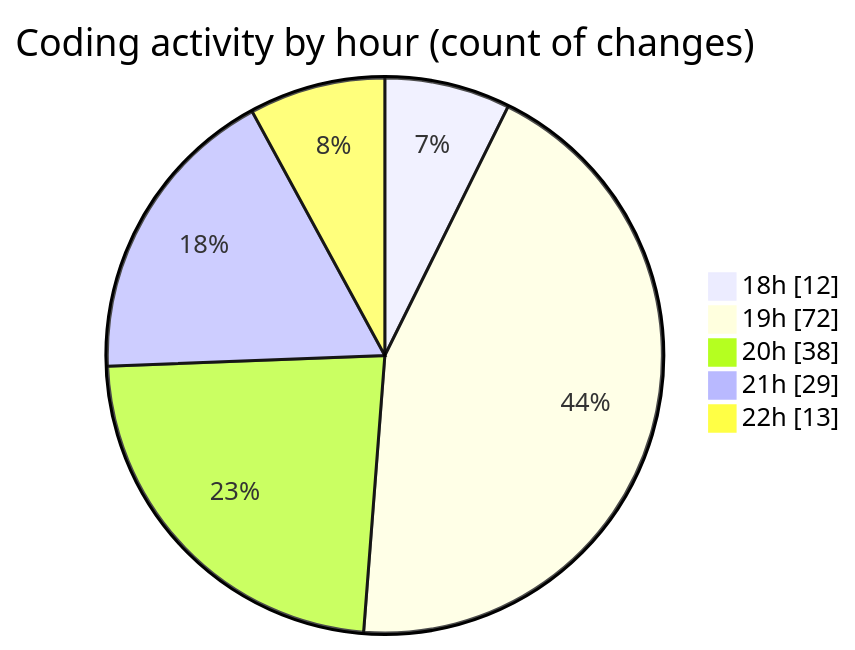
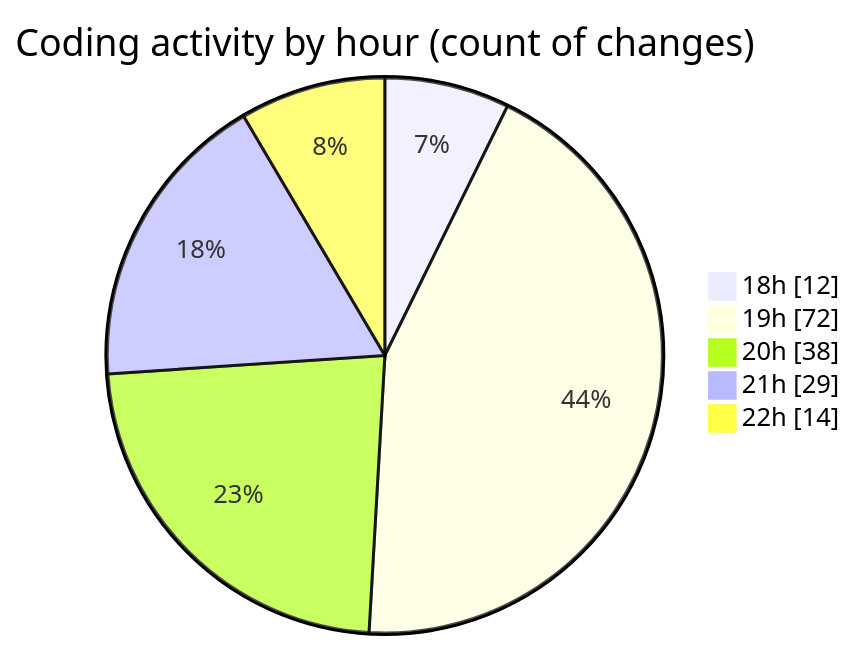
Before and after one commit to MatusMokan/code-tracking: the second of 2 diagrams in 2025-03-14/myws__workspace_/README.md, drawn with Mermaid. The commit also changed other lines of this file and 1 other file, not shown here.

````diff
--- a/2025-03-14/myws__workspace_/README.md
+++ b/2025-03-14/myws__workspace_/README.md
@@ -31,9 +31,9 @@
 ```mermaid
 pie showData
 title Coding activity by hour (count of changes)
 "18h" : 12
 "19h" : 72
 "20h" : 38
 "21h" : 29
-"22h" : 13
+"22h" : 14
 ```
````
